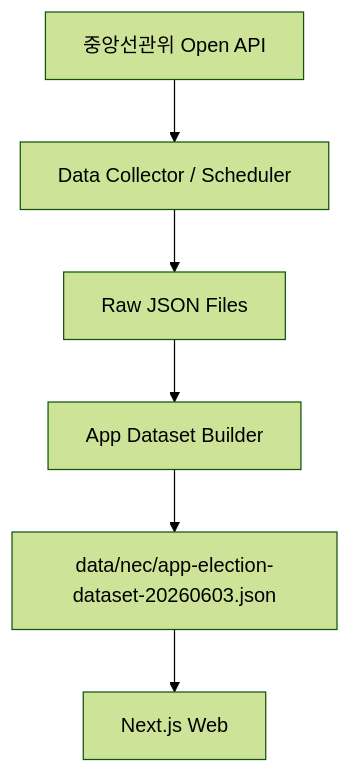
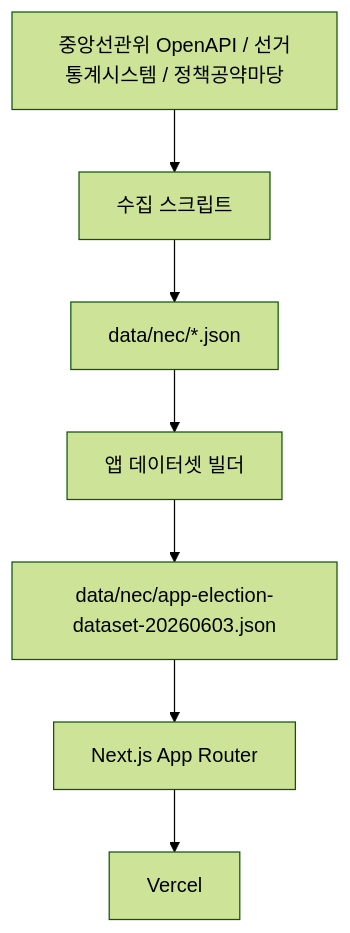
The diagram in README.md (SmileJune/before-you-vote), drawn with Mermaid (forest theme) before and after one commit. The commit also changed other lines of this file, not shown here.

````diff
--- a/README.md
+++ b/README.md
@@ -393,8 +54,9 @@
 ```mermaid
 flowchart TD
-    A[중앙선관위 Open API] --> B[Data Collector / Scheduler]
-    B --> C[Raw JSON Files]
-    C --> D[App Dataset Builder]
-    D --> E[data/nec/app-election-dataset-20260603.json]
-    E --> F[Next.js Web]
+    A["중앙선관위 OpenAPI / 선거통계시스템 / 정책공약마당"] --> B["수집 스크립트"]
+    B --> C["data/nec/*.json"]
+    C --> D["앱 데이터셋 빌더"]
+    D --> E["data/nec/app-election-dataset-20260603.json"]
+    E --> F["Next.js App Router"]
+    F --> G["Vercel"]
 ```
````
